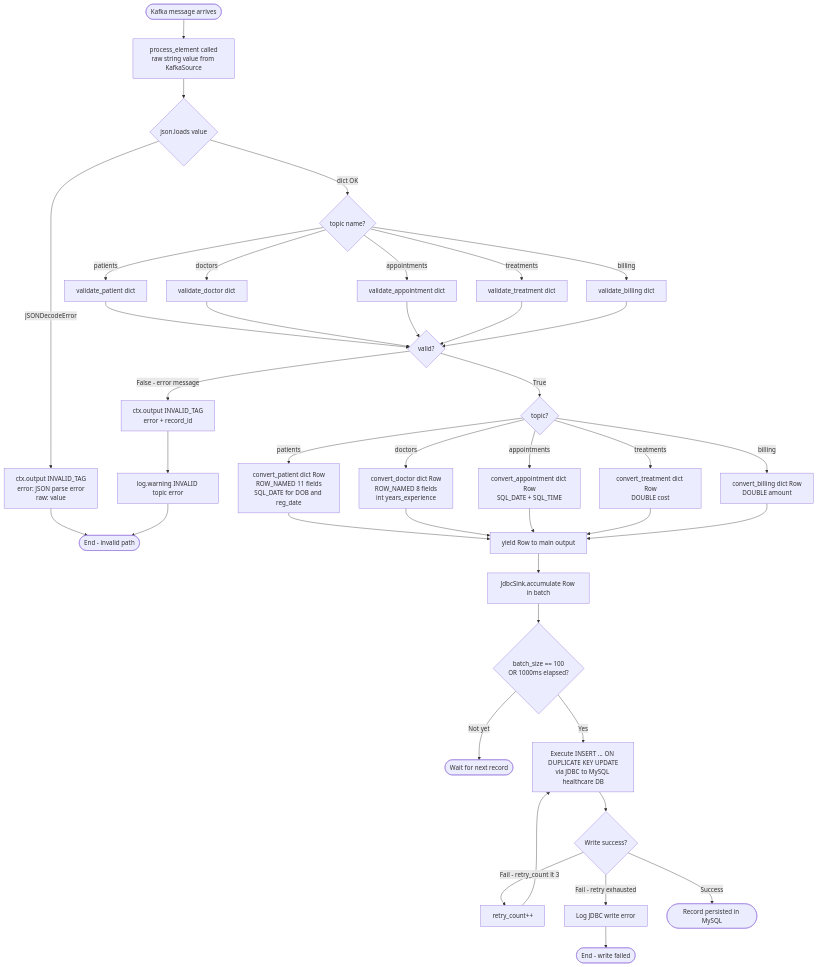
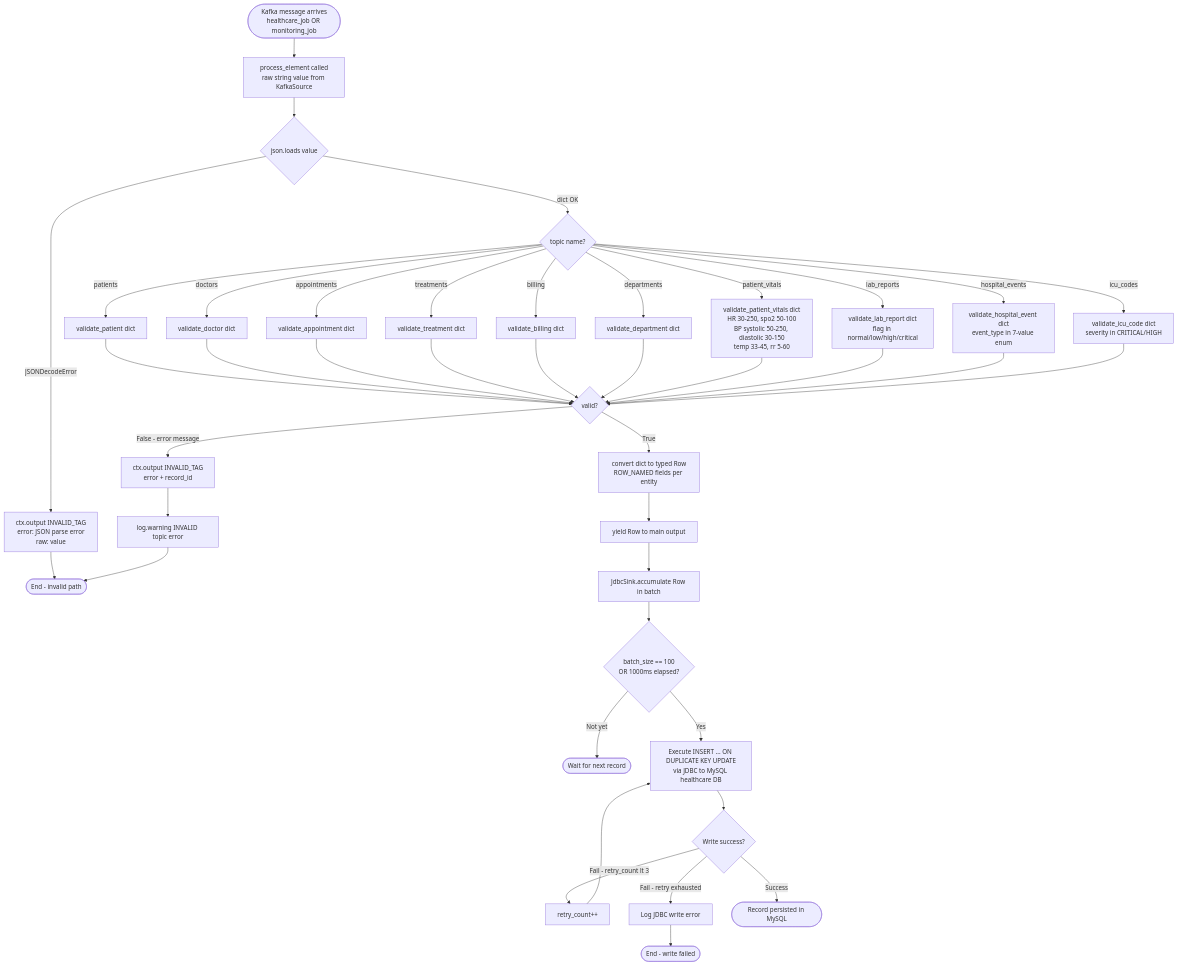
One commit to PampariNaresh/healthcare-data-platform changed the seventh of 12 diagrams in PROJECT_DOCUMENTATION.md. Above: the diagram before and after it, drawn with Mermaid. The commit also changed other lines of this file and 1 other file, not shown here.

First line of the commit message:
Update PROJECT_DOCUMENTATION and ER_DIAGRAMS for full platform

````diff
--- a/PROJECT_DOCUMENTATION.md
+++ b/PROJECT_DOCUMENTATION.md
@@ -914,55 +1046,57 @@
 ```mermaid
 flowchart TD
-    START([Kafka message arrives]) --> A[process_element called
+    START([Kafka message arrives
+healthcare_job OR monitoring_job]) --> A[process_element called
 raw string value from KafkaSource]
     A --> B{json.loads value}
     B -->|JSONDecodeError| C[ctx.output INVALID_TAG
 error: JSON parse error
 raw: value]
     C --> END([End - invalid path])
     B -->|dict OK| D{topic name?}
     D -->|patients| E1[validate_patient dict]
     D -->|doctors| E2[validate_doctor dict]
     D -->|appointments| E3[validate_appointment dict]
     D -->|treatments| E4[validate_treatment dict]
     D -->|billing| E5[validate_billing dict]
+    D -->|departments| E6[validate_department dict]
+    D -->|patient_vitals| E7[validate_patient_vitals dict
+HR 30-250, spo2 50-100
+BP systolic 50-250, diastolic 30-150
+temp 33-45, rr 5-60]
+    D -->|lab_reports| E8[validate_lab_report dict
+flag in normal/low/high/critical]
+    D -->|hospital_events| E9[validate_hospital_event dict
+event_type in 7-value enum]
+    D -->|icu_codes| E10[validate_icu_code dict
+severity in CRITICAL/HIGH]
     E1 --> F{valid?}
     E2 --> F
     E3 --> F
     E4 --> F
     E5 --> F
+    E6 --> F
+    E7 --> F
+    E8 --> F
+    E9 --> F
+    E10 --> F
     F -->|False - error message| G[ctx.output INVALID_TAG
 error + record_id]
     G --> H[log.warning INVALID topic error]
     H --> END
-    F -->|True| I{topic?}
-    I -->|patients| J1[convert_patient dict Row
-ROW_NAMED 11 fields
-SQL_DATE for DOB and reg_date]
-    I -->|doctors| J2[convert_doctor dict Row
-ROW_NAMED 8 fields
-int years_experience]
-    I -->|appointments| J3[convert_appointment dict Row
-SQL_DATE + SQL_TIME]
-    I -->|treatments| J4[convert_treatment dict Row
-DOUBLE cost]
-    I -->|billing| J5[convert_billing dict Row
-DOUBLE amount]
-    J1 --> K[yield Row to main output]
-    J2 --> K
-    J3 --> K
-    J4 --> K
-    J5 --> K
+    F -->|True| I[convert dict to typed Row
+ROW_NAMED fields per entity]
+    I --> K[yield Row to main output]
     K --> L[JdbcSink.accumulate Row in batch]
     L --> M{batch_size == 100
 OR 1000ms elapsed?}
     M -->|Not yet| WAIT([Wait for next record])
     M -->|Yes| N[Execute INSERT ... ON DUPLICATE KEY UPDATE
 via JDBC to MySQL healthcare DB]
     N --> O{Write success?}
     O -->|Fail - retry_count lt 3| P[retry_count++]
     P --> N
     O -->|Fail - retry exhausted| Q[Log JDBC write error]
     O -->|Success| R([Record persisted in MySQL])
     Q --> END2([End - write failed])
 ```
````
